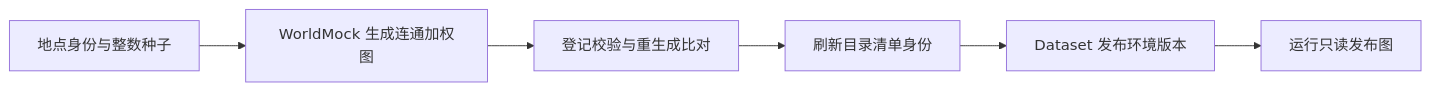
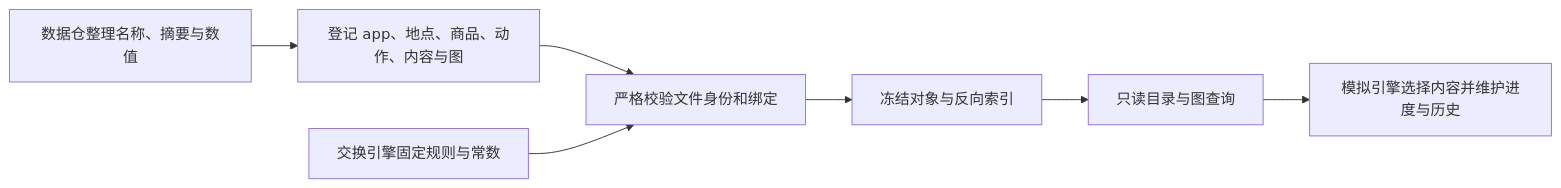
One commit to HoldThatThgt/WorldMock changed the diagram in docs/design/03-resource-engine.md. Above: the diagram before and after it, drawn with Mermaid. The commit also changed other lines of this file and 164 other files, not shown here.

````diff
--- a/docs/design/03-resource-engine.md
+++ b/docs/design/03-resource-engine.md
@@ -193,8 +46,9 @@
 ```mermaid
 flowchart LR
-    L[地点身份与整数种子] --> G[WorldMock 生成连通加权图]
-    G --> V[登记校验与重生成比对]
-    V --> I[刷新目录清单身份]
-    I --> P[Dataset 发布环境版本]
-    P --> R[运行只读发布图]
+    D[数据仓整理名称、摘要与数值] --> C[登记 app、地点、商品、动作、内容与图]
+    C --> V[严格校验文件身份和绑定]
+    V --> I[冻结对象与反向索引]
+    I --> Q[只读目录与图查询]
+    Q --> S[模拟引擎选择内容并维护进度与历史]
+    X[交换引擎固定规则与常数] --> V
 ```
````
